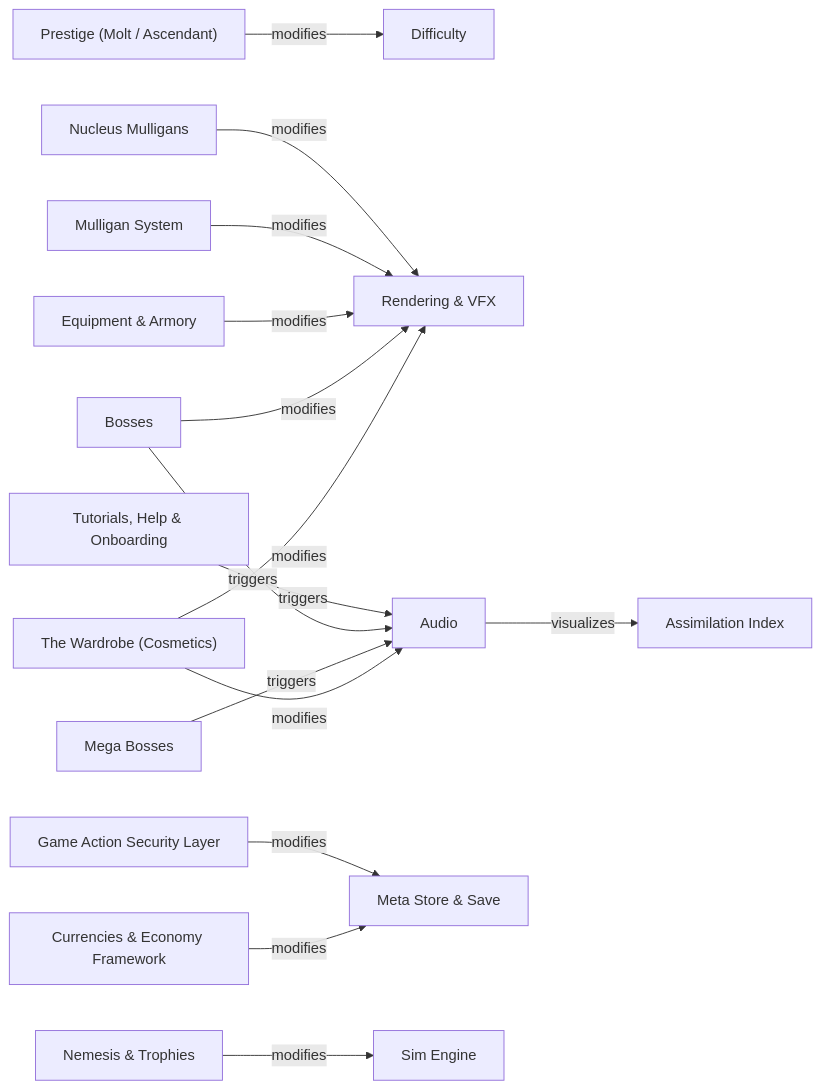
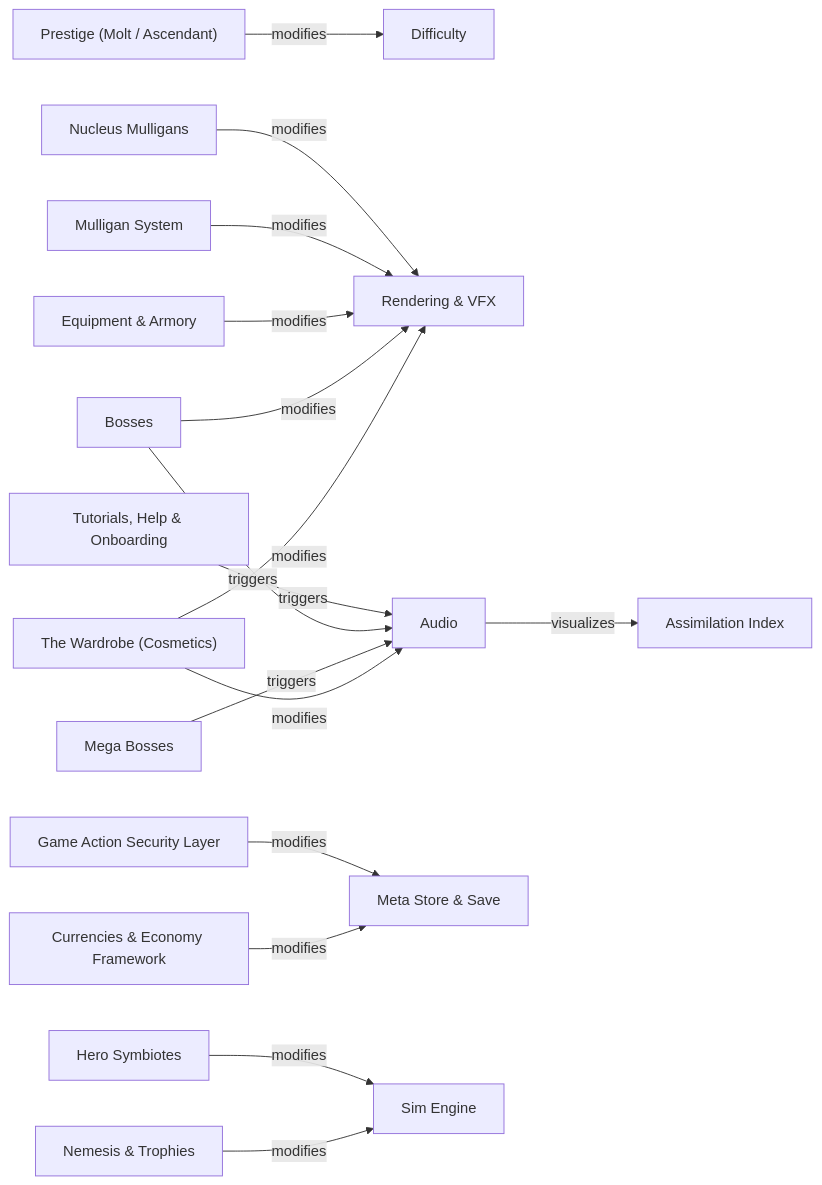
Before and after one commit to jathanalston-ship-it/TowerDefenseGame: the fourth of 4 diagrams in docs/DIL_GRAPH.md, drawn with Mermaid. The commit also changed other lines of this file and 32 other files, not shown here.

First line of the commit message:
Hero Symbiote System: per-hero grafted organisms (3 gated slots × 3 organs)

````diff
--- a/docs/DIL_GRAPH.md
+++ b/docs/DIL_GRAPH.md
@@ -457,17 +469,18 @@
 ```mermaid
 graph LR
   system_prestige["Prestige (Molt / Ascendant)"] -->|modifies| system_difficulty["Difficulty"]
   system_nucleus["Nucleus Mulligans"] -->|modifies| system_rendering["Rendering & VFX"]
   system_audio["Audio"] -->|visualizes| system_assimilation["Assimilation Index"]
   system_mulligans["Mulligan System"] -->|modifies| system_rendering["Rendering & VFX"]
   system_equipment["Equipment & Armory"] -->|modifies| system_rendering["Rendering & VFX"]
   system_onboarding["Tutorials, Help & Onboarding"] -->|triggers| system_audio["Audio"]
   system_bosses["Bosses"] -->|triggers| system_audio["Audio"]
   system_bosses["Bosses"] -->|modifies| system_rendering["Rendering & VFX"]
   system_mega_bosses["Mega Bosses"] -->|triggers| system_audio["Audio"]
   system_security["Game Action Security Layer"] -->|modifies| system_meta_store["Meta Store & Save"]
   system_cosmetics["The Wardrobe (Cosmetics)"] -->|modifies| system_audio["Audio"]
   system_cosmetics["The Wardrobe (Cosmetics)"] -->|modifies| system_rendering["Rendering & VFX"]
   system_currencies["Currencies & Economy Framework"] -->|modifies| system_meta_store["Meta Store & Save"]
+  system_hero_symbiotes["Hero Symbiotes"] -->|modifies| system_engine["Sim Engine"]
   system_nemesis["Nemesis & Trophies"] -->|modifies| system_engine["Sim Engine"]
 ```
````
